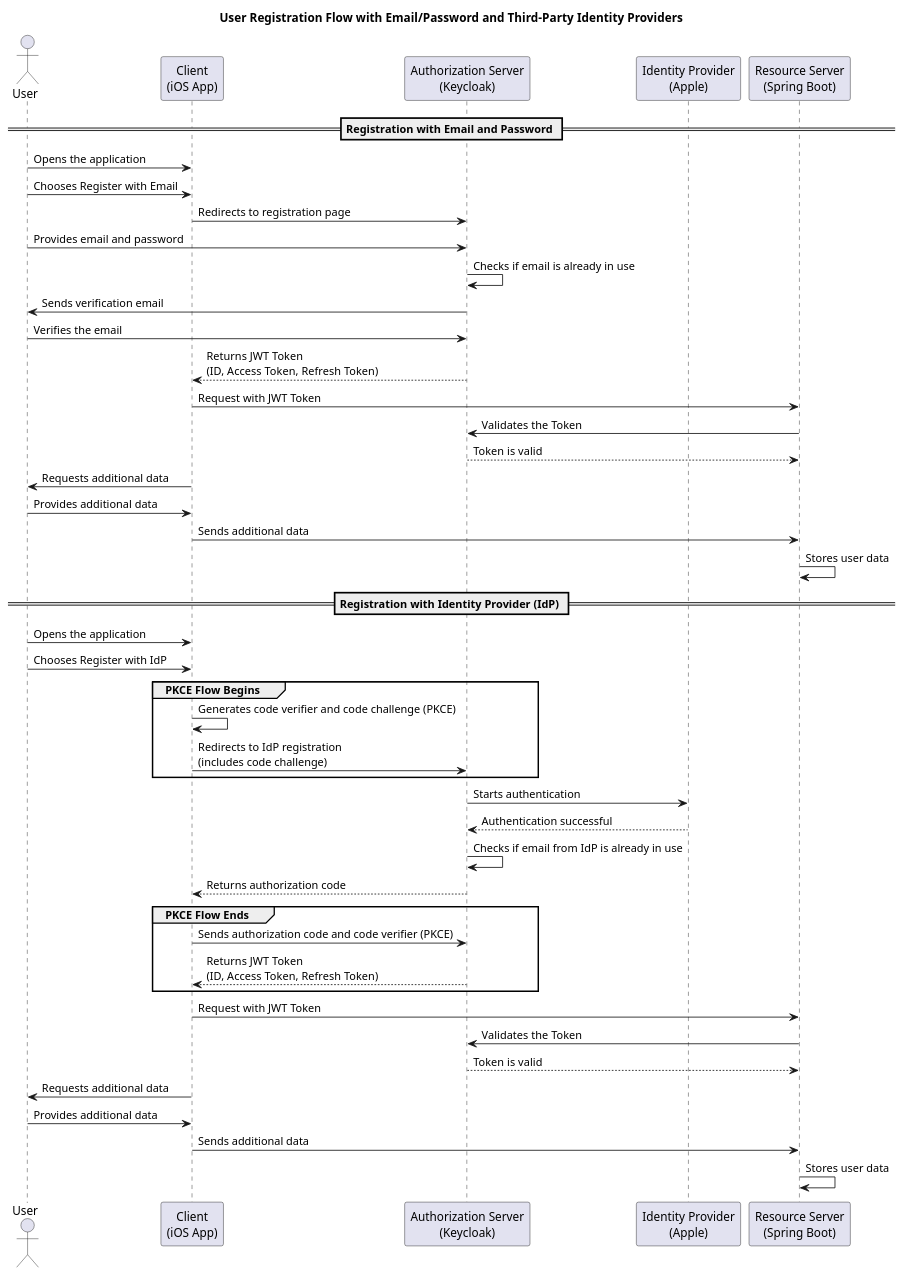
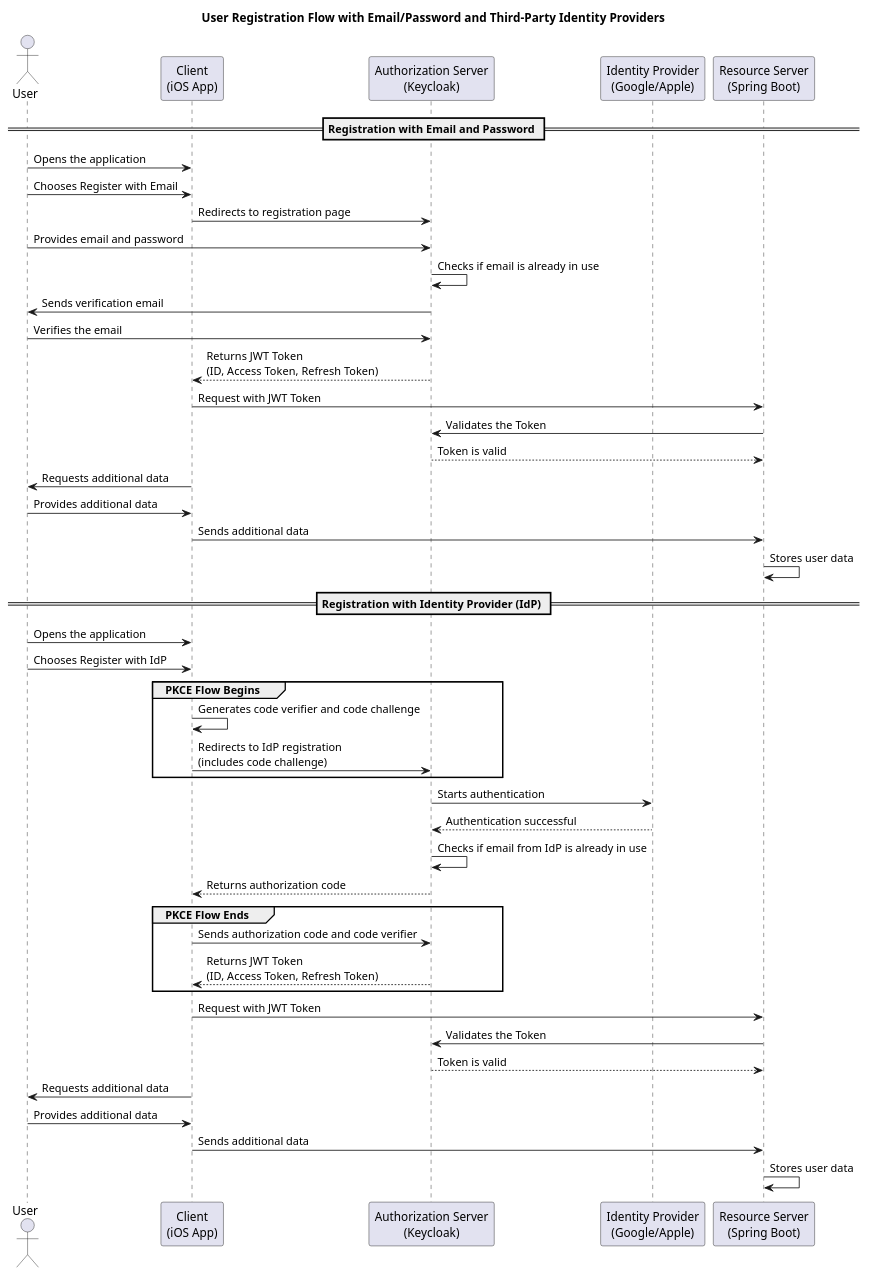
The diagram in docs/user_registration_flow.puml (eagle-head/drink-water-api), drawn with PlantUML before and after one commit. The commit also changed 8 other files, not shown here.

```diff
--- a/docs/user_registration_flow.puml
+++ b/docs/user_registration_flow.puml
@@ -1,60 +1,60 @@
 @startuml
 title User Registration Flow with Email/Password and Third-Party Identity Providers
 
 actor User
 participant "Client\n(iOS App)" as App
 participant "Authorization Server\n(Keycloak)" as AuthServer
-participant "Identity Provider\n(Apple)" as IdP
+participant "Identity Provider\n(Google/Apple)" as IdP
 participant "Resource Server\n(Spring Boot)" as API
 
 == Registration with Email and Password ==
 
 User -> App: Opens the application
 User -> App: Chooses Register with Email
 App -> AuthServer: Redirects to registration page
 User -> AuthServer: Provides email and password
 AuthServer -> AuthServer: Checks if email is already in use
 AuthServer -> User: Sends verification email
 User -> AuthServer: Verifies the email
 AuthServer --> App: Returns JWT Token\n(ID, Access Token, Refresh Token)
 
 App -> API: Request with JWT Token
 API -> AuthServer: Validates the Token
 AuthServer --> API: Token is valid
 
 App -> User: Requests additional data
 User -> App: Provides additional data
 App -> API: Sends additional data
 API -> API: Stores user data
 
 == Registration with Identity Provider (IdP) ==
 
 User -> App: Opens the application
 User -> App: Chooses Register with IdP
 
 group PKCE Flow Begins
-App -> App: Generates code verifier and code challenge (PKCE)
+App -> App: Generates code verifier and code challenge
 App -> AuthServer: Redirects to IdP registration\n(includes code challenge)
 end
 
 AuthServer -> IdP: Starts authentication
 IdP --> AuthServer: Authentication successful
 AuthServer -> AuthServer: Checks if email from IdP is already in use
 
 AuthServer --> App: Returns authorization code
 
 group PKCE Flow Ends
-App -> AuthServer: Sends authorization code and code verifier (PKCE)
+App -> AuthServer: Sends authorization code and code verifier
 AuthServer --> App: Returns JWT Token\n(ID, Access Token, Refresh Token)
 end
 
 App -> API: Request with JWT Token
 API -> AuthServer: Validates the Token
 AuthServer --> API: Token is valid
 
 App -> User: Requests additional data
 User -> App: Provides additional data
 App -> API: Sends additional data
 API -> API: Stores user data
 
 @enduml
```
